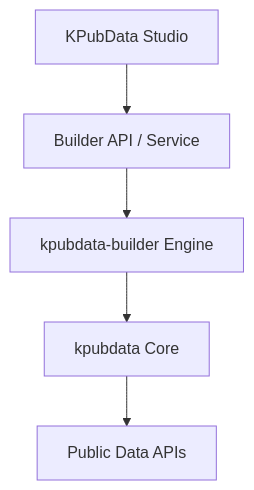
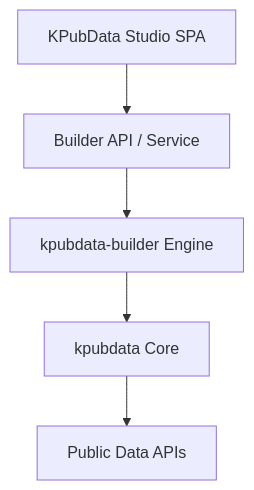
Before and after one commit to yeongseon/kpubdata-studio: the first of 5 diagrams in ARCHITECTURE.md, drawn with Mermaid. The commit also changed other lines of this file and 11 other files, not shown here.

First line of the commit message:
docs: update all documentation for Vite + React SPA architecture (closes #25)

````diff
--- a/ARCHITECTURE.md
+++ b/ARCHITECTURE.md
@@ -7,7 +7,7 @@
 ```mermaid
 graph TD
-    Studio[KPubData Studio] --> BuilderAPI[Builder API / Service]
+    Studio[KPubData Studio SPA] --> BuilderAPI[Builder API / Service]
     BuilderAPI --> KBuilder[kpubdata-builder Engine]
     KBuilder --> KPubData[kpubdata Core]
     KPubData --> PublicAPIs[Public Data APIs]
 ```
````
